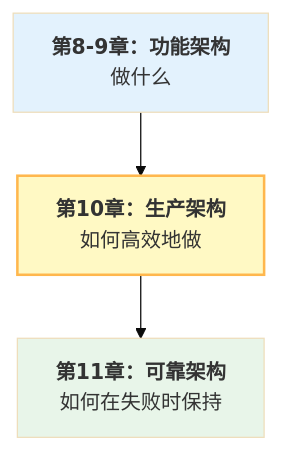
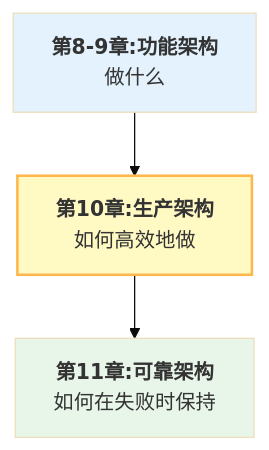
The diagram in 10_production/summary.md (yeasy/harness_engineering_guide), drawn with Mermaid (base theme) before and after one commit. The commit also changed 94 other files, not shown here.

````diff
--- a/10_production/summary.md
+++ b/10_production/summary.md
@@ -83,9 +83,9 @@
 ```mermaid
 flowchart TD
-    A["<b>第8-9章：功能架构</b><br/>做什么"] --> B["<b>第10章：生产架构</b><br/>如何高效地做"]
-    B --> C["<b>第11章：可靠架构</b><br/>如何在失败时保持"]
+    A["<b>第8-9章:功能架构</b><br/>做什么"] --> B["<b>第10章:生产架构</b><br/>如何高效地做"]
+    B --> C["<b>第11章:可靠架构</b><br/>如何在失败时保持"]
 
     style A fill:#e3f2fd
     style B fill:#fff9c4,stroke:#ffb74d,stroke-width:2px
     style C fill:#e8f5e9
 ```
````
